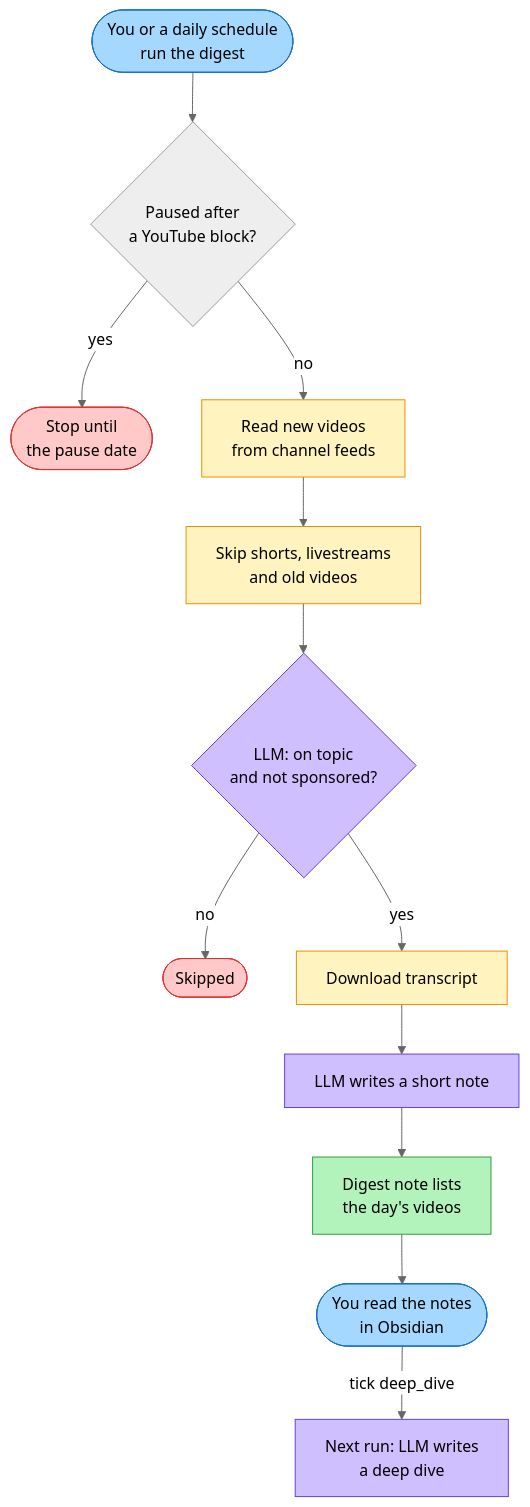
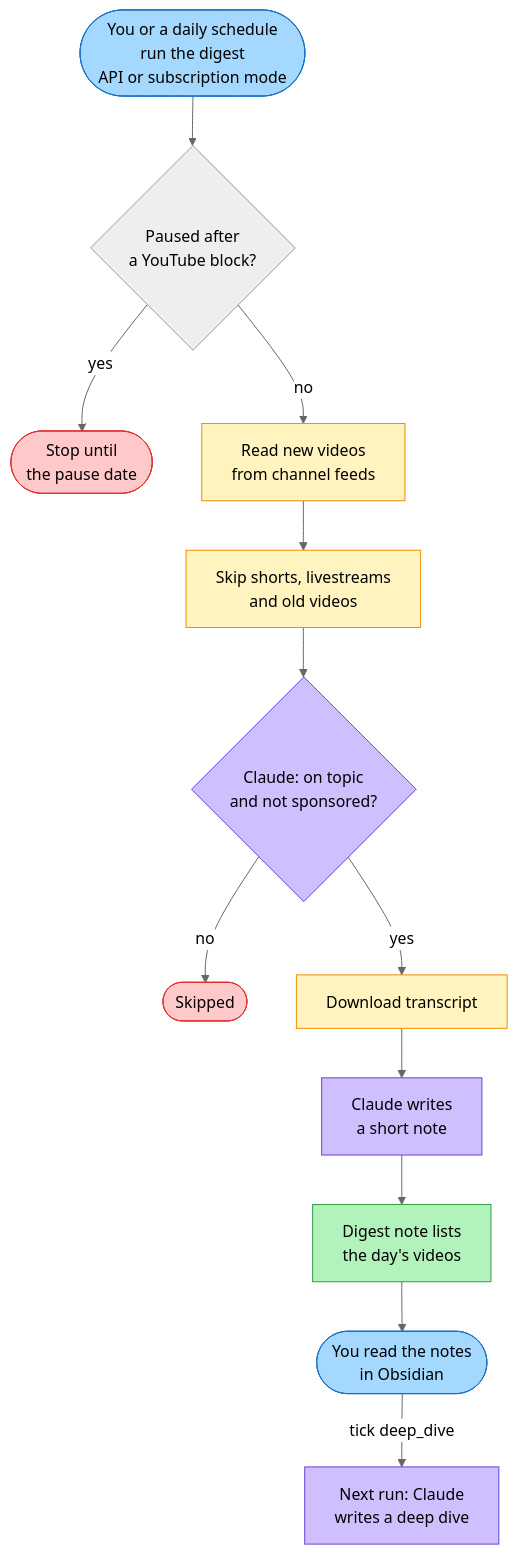
The diagram in docs/architecture/process.mmd (alexisgourdol/ytsum), drawn with Mermaid (neutral theme) before and after one commit. The commit also changed 5 other files, not shown here.

Commit message:
docs: diagrams show the digest is Claude-only, the single-video path multi-provider (SCP-157)

```diff
--- a/docs/architecture/process.mmd
+++ b/docs/architecture/process.mmd
@@ -1,22 +1,22 @@
 flowchart TD
-  START([You or a daily schedule<br/>run the digest]) --> PAUSED{Paused after<br/>a YouTube block?}
+  START([You or a daily schedule<br/>run the digest<br/>API or subscription mode]) --> PAUSED{Paused after<br/>a YouTube block?}
   PAUSED -->|yes| STOP([Stop until<br/>the pause date])
   PAUSED -->|no| FEEDS[Read new videos<br/>from channel feeds]
   FEEDS --> FILTER[Skip shorts, livestreams<br/>and old videos]
-  FILTER --> JUDGE{LLM: on topic<br/>and not sponsored?}
+  FILTER --> JUDGE{Claude: on topic<br/>and not sponsored?}
   JUDGE -->|no| SKIP([Skipped])
   JUDGE -->|yes| TR[Download transcript]
-  TR --> SHORT[LLM writes a short note]
+  TR --> SHORT[Claude writes<br/>a short note]
   SHORT --> DIGEST[Digest note lists<br/>the day's videos]
   DIGEST --> READ([You read the notes<br/>in Obsidian])
-  READ -->|tick deep_dive| DEEP[Next run: LLM writes<br/>a deep dive]
+  READ -->|tick deep_dive| DEEP[Next run: Claude<br/>writes a deep dive]
   classDef you fill:#a5d8ff,stroke:#1971c2
   classDef code fill:#fff3bf,stroke:#f08c00
   classDef ai fill:#d0bfff,stroke:#6741d9
   classDef out fill:#b2f2bb,stroke:#2f9e44
   classDef stop fill:#ffc9c9,stroke:#e03131
   class START,READ you
   class FEEDS,FILTER,TR code
   class JUDGE,SHORT,DEEP ai
   class DIGEST out
   class STOP,SKIP stop
```
